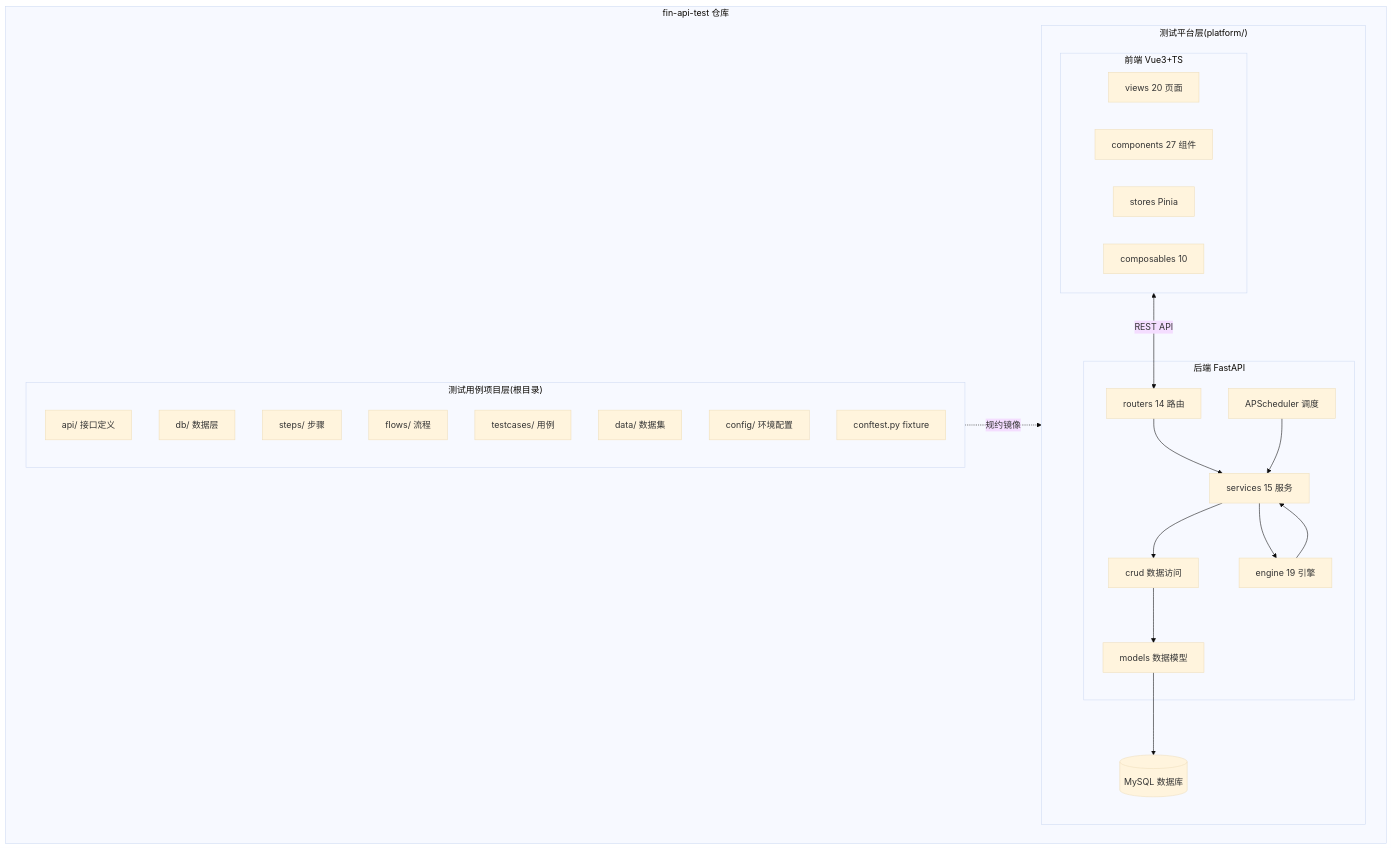
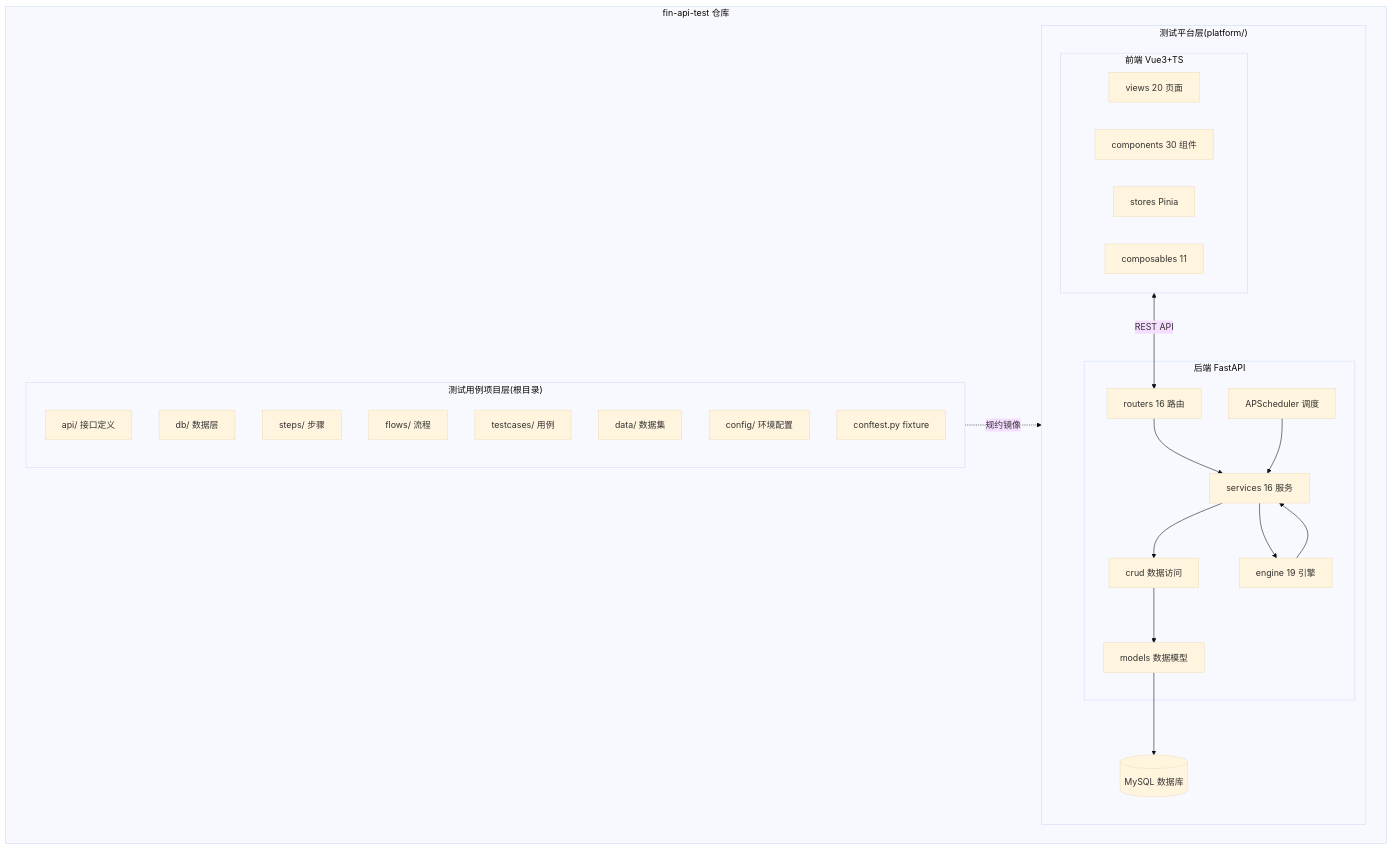
Before and after one commit to zl2237/fin-api-test: the first of 6 diagrams in docs/SYSTEM_DESIGN.md, drawn with Mermaid (base theme). The commit also changed other lines of this file and 7 other files, not shown here.

````diff
--- a/docs/SYSTEM_DESIGN.md
+++ b/docs/SYSTEM_DESIGN.md
@@ -54,42 +54,42 @@
 ```mermaid
 flowchart TB
     subgraph Repo["fin-api-test 仓库"]
         subgraph TestCaseLayer["测试用例项目层(根目录)"]
             API1[api/ 接口定义]
             DB1[db/ 数据层]
             STEPS1[steps/ 步骤]
             FLOWS1[flows/ 流程]
             TC1[testcases/ 用例]
             DATA1[data/ 数据集]
             CONF[config/ 环境配置]
             CONFT[conftest.py fixture]
         end
         subgraph PlatformLayer["测试平台层(platform/)"]
             subgraph Frontend["前端 Vue3+TS"]
                 VIEWS[views 20 页面]
-                COMP[components 27 组件]
+                COMP[components 30 组件]
                 STORES[stores Pinia]
-                COMP2[composables 10]
+                COMP2[composables 11]
             end
             subgraph Backend["后端 FastAPI"]
-                ROUTERS[routers 14 路由]
-                SERVICES[services 15 服务]
+                ROUTERS[routers 16 路由]
+                SERVICES[services 16 服务]
                 CRUD[crud 数据访问]
                 ENGINE[engine 19 引擎]
                 MODELS[models 数据模型]
                 SCHED[APScheduler 调度]
             end
             DB[(MySQL 数据库)]
         end
     end
 
     TestCaseLayer -.规约镜像.-> PlatformLayer
     Frontend <-->|REST API| ROUTERS
     ROUTERS --> SERVICES
     SERVICES --> CRUD
     SERVICES --> ENGINE
     CRUD --> MODELS
     MODELS --> DB
     ENGINE --> SERVICES
     SCHED --> SERVICES
 ```
````
